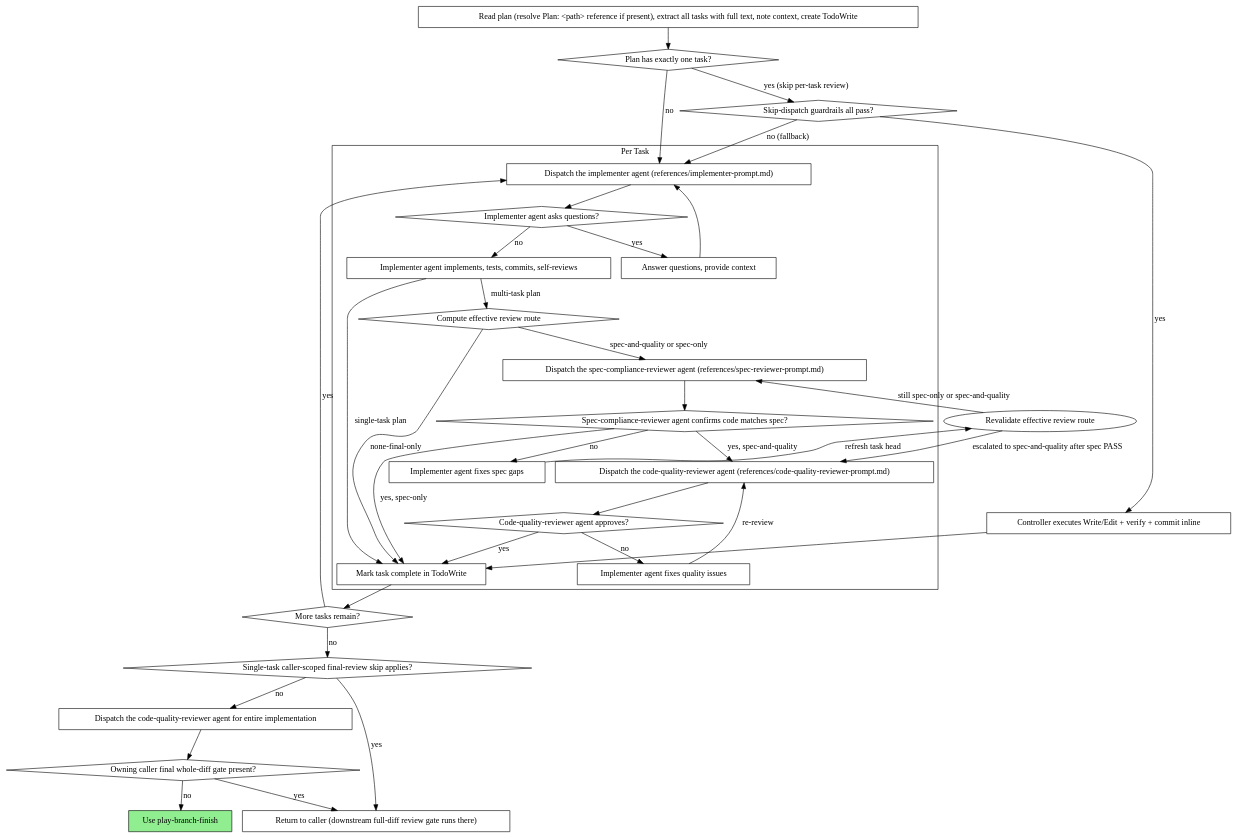
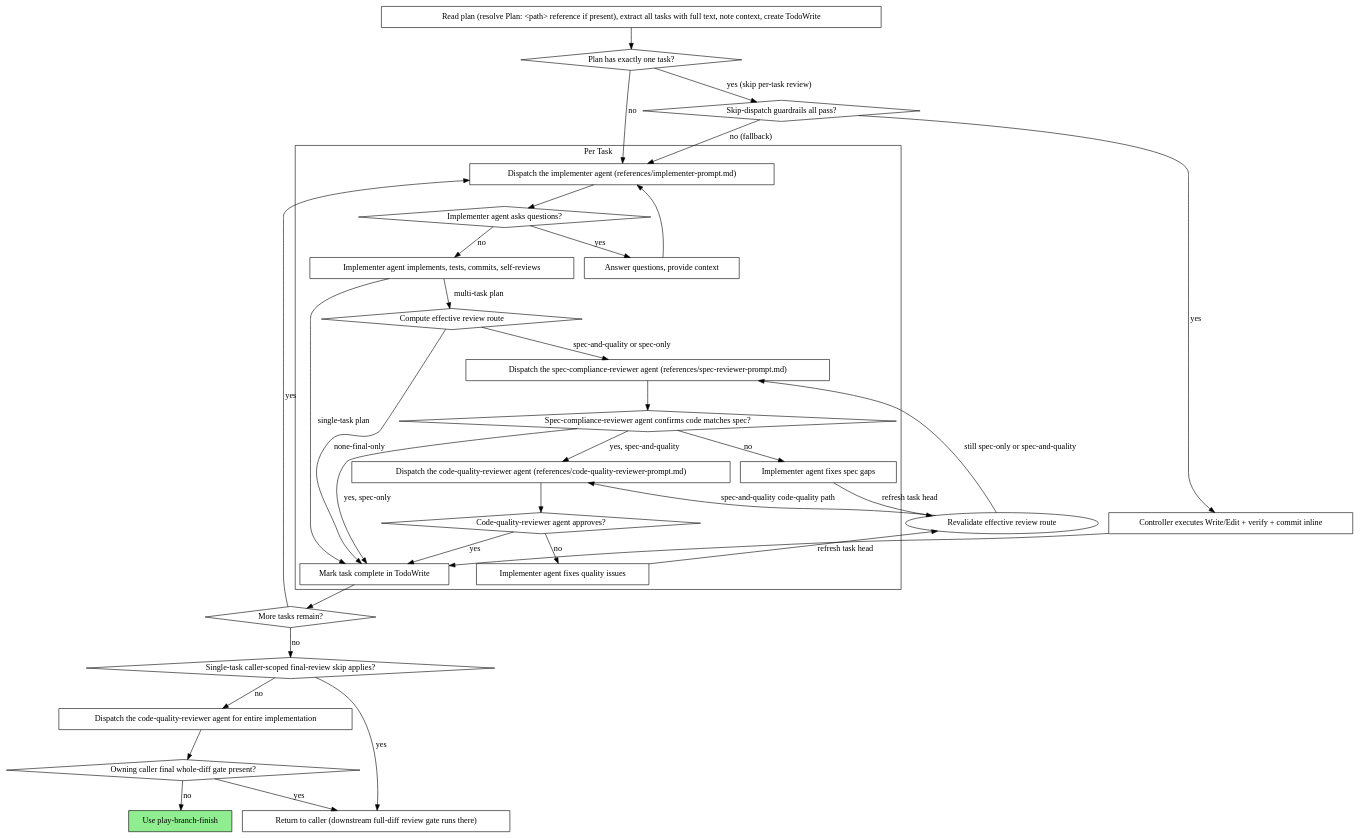
One commit to ryumiel/devcanon changed the second of 3 diagrams in skills/play-subagent-execution/SKILL.md. Above: the diagram before and after it, drawn with Graphviz. The commit also changed 2 other files, not shown here.

Commit message:
fix(skill): revalidate quality fixup routes

````diff
--- a/skills/play-subagent-execution/SKILL.md
+++ b/skills/play-subagent-execution/SKILL.md
@@ -131,66 +131,66 @@
 ```dot
 digraph process {
     rankdir=TB;
 
     subgraph cluster_per_task {
         label="Per Task";
         "Dispatch the implementer agent (references/implementer-prompt.md)" [shape=box];
         "Implementer agent asks questions?" [shape=diamond];
         "Answer questions, provide context" [shape=box];
         "Implementer agent implements, tests, commits, self-reviews" [shape=box];
         "Compute effective review route" [shape=diamond];
         "Dispatch the spec-compliance-reviewer agent (references/spec-reviewer-prompt.md)" [shape=box];
         "Spec-compliance-reviewer agent confirms code matches spec?" [shape=diamond];
         "Implementer agent fixes spec gaps" [shape=box];
         "Dispatch the code-quality-reviewer agent (references/code-quality-reviewer-prompt.md)" [shape=box];
         "Code-quality-reviewer agent approves?" [shape=diamond];
         "Implementer agent fixes quality issues" [shape=box];
         "Mark task complete in TodoWrite" [shape=box];
     }
 
     "Read plan (resolve Plan: <path> reference if present), extract all tasks with full text, note context, create TodoWrite" [shape=box];
     "Plan has exactly one task?" [shape=diamond];
     "More tasks remain?" [shape=diamond];
     "Single-task caller-scoped final-review skip applies?" [shape=diamond];
     "Dispatch the code-quality-reviewer agent for entire implementation" [shape=box];
     "Owning caller final whole-diff gate present?" [shape=diamond];
     "Return to caller (downstream full-diff review gate runs there)" [shape=box];
     "Use play-branch-finish" [shape=box style=filled fillcolor=lightgreen];
 
     "Read plan (resolve Plan: <path> reference if present), extract all tasks with full text, note context, create TodoWrite" -> "Plan has exactly one task?";
     "Plan has exactly one task?" -> "Dispatch the implementer agent (references/implementer-prompt.md)" [label="no"];
     "Plan has exactly one task?" -> "Skip-dispatch guardrails all pass?" [label="yes (skip per-task review)"];
     "Skip-dispatch guardrails all pass?" [shape=diamond];
     "Skip-dispatch guardrails all pass?" -> "Controller executes Write/Edit + verify + commit inline" [label="yes"];
     "Skip-dispatch guardrails all pass?" -> "Dispatch the implementer agent (references/implementer-prompt.md)" [label="no (fallback)"];
     "Controller executes Write/Edit + verify + commit inline" [shape=box];
     "Controller executes Write/Edit + verify + commit inline" -> "Mark task complete in TodoWrite";
     "Dispatch the implementer agent (references/implementer-prompt.md)" -> "Implementer agent asks questions?";
     "Implementer agent asks questions?" -> "Answer questions, provide context" [label="yes"];
     "Answer questions, provide context" -> "Dispatch the implementer agent (references/implementer-prompt.md)";
     "Implementer agent asks questions?" -> "Implementer agent implements, tests, commits, self-reviews" [label="no"];
     "Implementer agent implements, tests, commits, self-reviews" -> "Mark task complete in TodoWrite" [label="single-task plan"];
     "Implementer agent implements, tests, commits, self-reviews" -> "Compute effective review route" [label="multi-task plan"];
     "Compute effective review route" -> "Dispatch the spec-compliance-reviewer agent (references/spec-reviewer-prompt.md)" [label="spec-and-quality or spec-only"];
     "Compute effective review route" -> "Mark task complete in TodoWrite" [label="none-final-only"];
     "Dispatch the spec-compliance-reviewer agent (references/spec-reviewer-prompt.md)" -> "Spec-compliance-reviewer agent confirms code matches spec?";
     "Spec-compliance-reviewer agent confirms code matches spec?" -> "Implementer agent fixes spec gaps" [label="no"];
     "Implementer agent fixes spec gaps" -> "Revalidate effective review route" [label="refresh task head"];
     "Revalidate effective review route" -> "Dispatch the spec-compliance-reviewer agent (references/spec-reviewer-prompt.md)" [label="still spec-only or spec-and-quality"];
-    "Revalidate effective review route" -> "Dispatch the code-quality-reviewer agent (references/code-quality-reviewer-prompt.md)" [label="escalated to spec-and-quality after spec PASS"];
+    "Revalidate effective review route" -> "Dispatch the code-quality-reviewer agent (references/code-quality-reviewer-prompt.md)" [label="spec-and-quality code-quality path"];
     "Spec-compliance-reviewer agent confirms code matches spec?" -> "Dispatch the code-quality-reviewer agent (references/code-quality-reviewer-prompt.md)" [label="yes, spec-and-quality"];
     "Spec-compliance-reviewer agent confirms code matches spec?" -> "Mark task complete in TodoWrite" [label="yes, spec-only"];
     "Dispatch the code-quality-reviewer agent (references/code-quality-reviewer-prompt.md)" -> "Code-quality-reviewer agent approves?";
     "Code-quality-reviewer agent approves?" -> "Implementer agent fixes quality issues" [label="no"];
-    "Implementer agent fixes quality issues" -> "Dispatch the code-quality-reviewer agent (references/code-quality-reviewer-prompt.md)" [label="re-review"];
+    "Implementer agent fixes quality issues" -> "Revalidate effective review route" [label="refresh task head"];
     "Code-quality-reviewer agent approves?" -> "Mark task complete in TodoWrite" [label="yes"];
     "Mark task complete in TodoWrite" -> "More tasks remain?";
     "More tasks remain?" -> "Dispatch the implementer agent (references/implementer-prompt.md)" [label="yes"];
     "More tasks remain?" -> "Single-task caller-scoped final-review skip applies?" [label="no"];
     "Single-task caller-scoped final-review skip applies?" -> "Return to caller (downstream full-diff review gate runs there)" [label="yes"];
     "Single-task caller-scoped final-review skip applies?" -> "Dispatch the code-quality-reviewer agent for entire implementation" [label="no"];
     "Dispatch the code-quality-reviewer agent for entire implementation" -> "Owning caller final whole-diff gate present?";
     "Owning caller final whole-diff gate present?" -> "Return to caller (downstream full-diff review gate runs there)" [label="yes"];
     "Owning caller final whole-diff gate present?" -> "Use play-branch-finish" [label="no"];
 }
 ```
````
